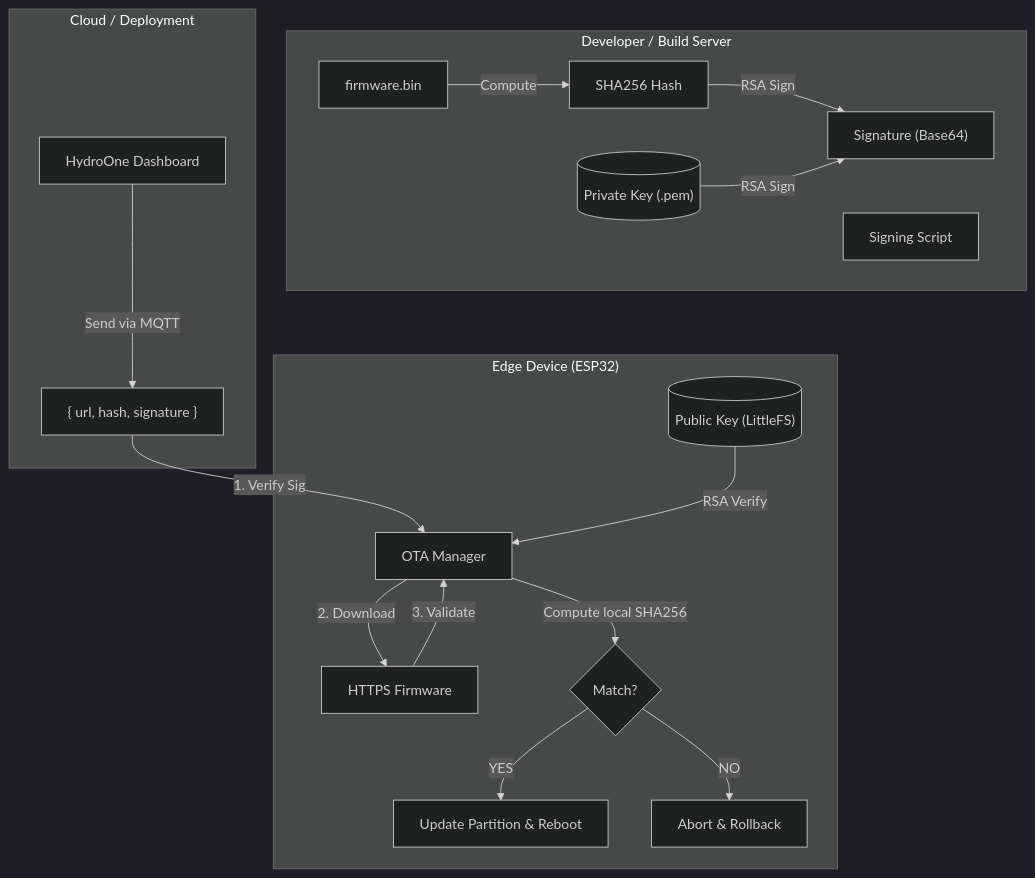
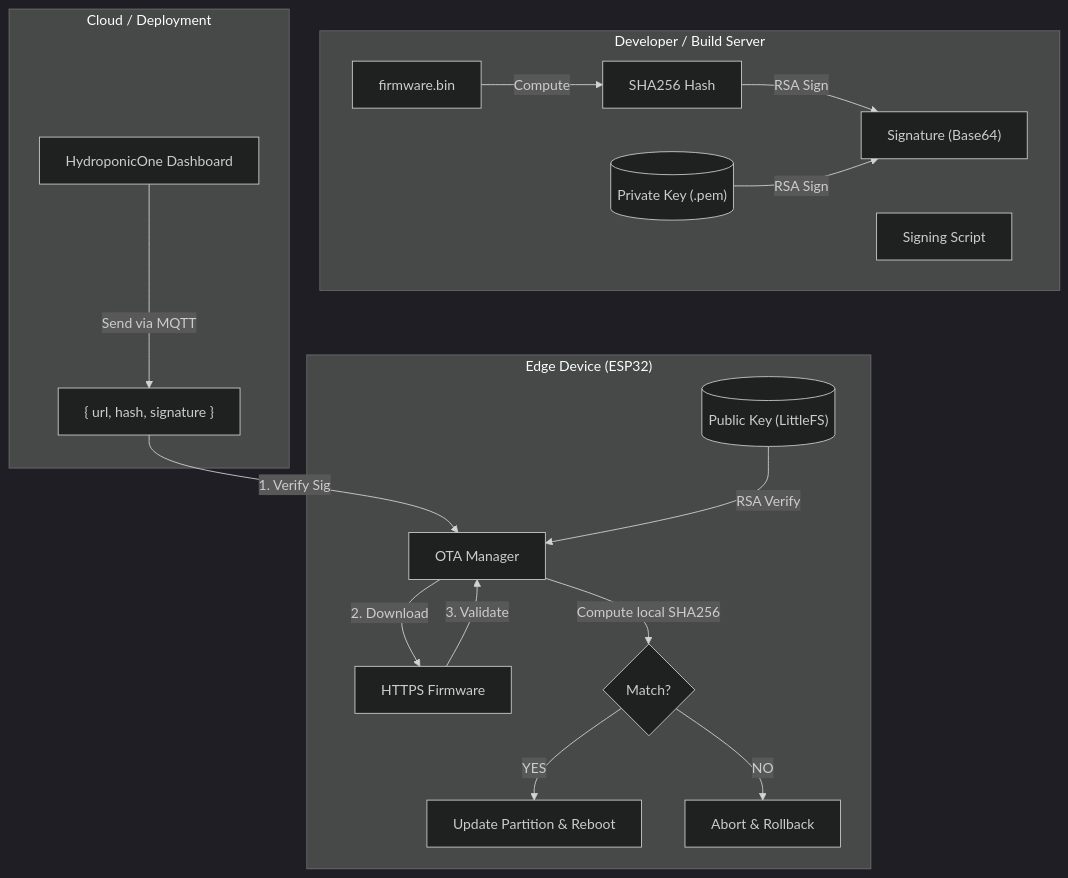
One commit to 40rbidd3n/Hydro0x01 changed the diagram in docs/08_SECURITY_OTA.md. Above: the diagram before and after it, drawn with Mermaid (dark theme). The commit also changed other lines of this file and 27 other files, not shown here.

Commit message:
docs: renaming the project to HydroponicOne

````diff
--- a/docs/08_SECURITY_OTA.md
+++ b/docs/08_SECURITY_OTA.md
@@ -26,29 +26,29 @@
 ```mermaid
 graph TD
     subgraph "Developer / Build Server"
         Bin["firmware.bin"]
         Key[("Private Key (.pem)")]
         Sign["Signing Script"]
         Bin -- "Compute" --> Hash["SHA256 Hash"]
         Hash & Key -- "RSA Sign" --> Signature["Signature (Base64)"]
     end
 
     subgraph "Cloud / Deployment"
-        IoT["HydroOne Dashboard"]
+        IoT["HydroponicOne Dashboard"]
         IoT -- "Send via MQTT" --> Payload["{ url, hash, signature }"]
     end
 
     subgraph "Edge Device (ESP32)"
         Pub[("Public Key (LittleFS)")]
         ESP["OTA Manager"]
         
         Payload -- "1. Verify Sig" --> ESP
         Pub -- "RSA Verify" --> ESP
         
         ESP -- "2. Download" --> HTTPS["HTTPS Firmware"]
         HTTPS -- "3. Validate" --> ESP
         ESP -- "Compute local SHA256" --> Match{"Match?"}
         Match -- "YES" --> Flash["Update Partition & Reboot"]
         Match -- "NO" --> Abort["Abort & Rollback"]
     end
 ```
````
